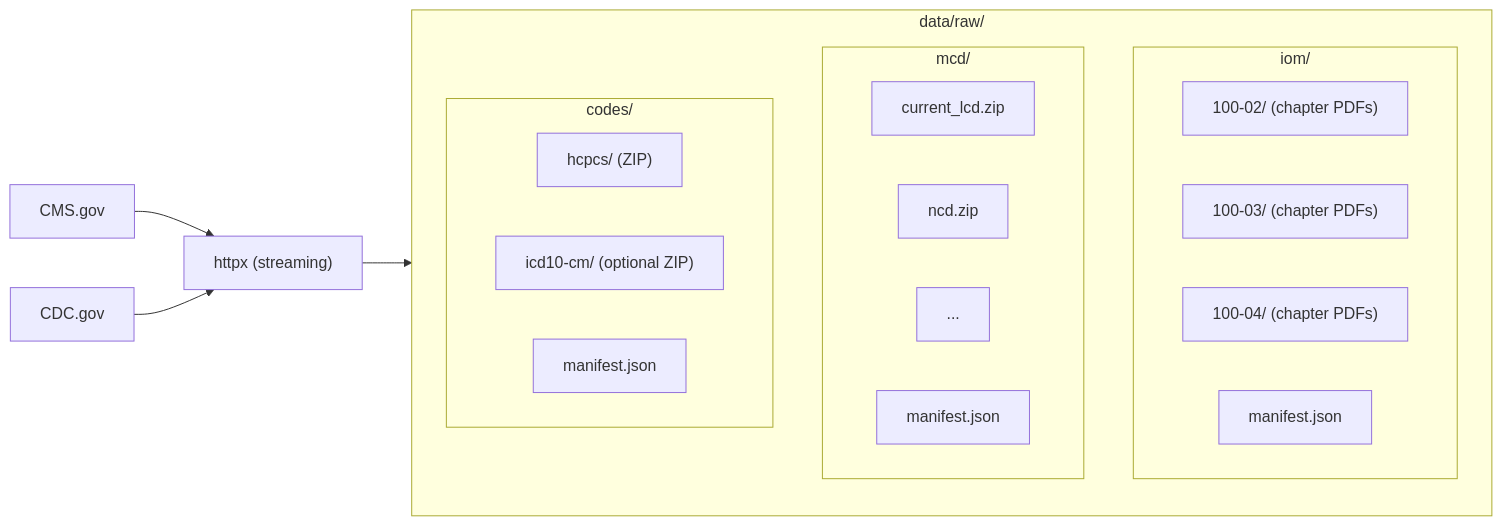
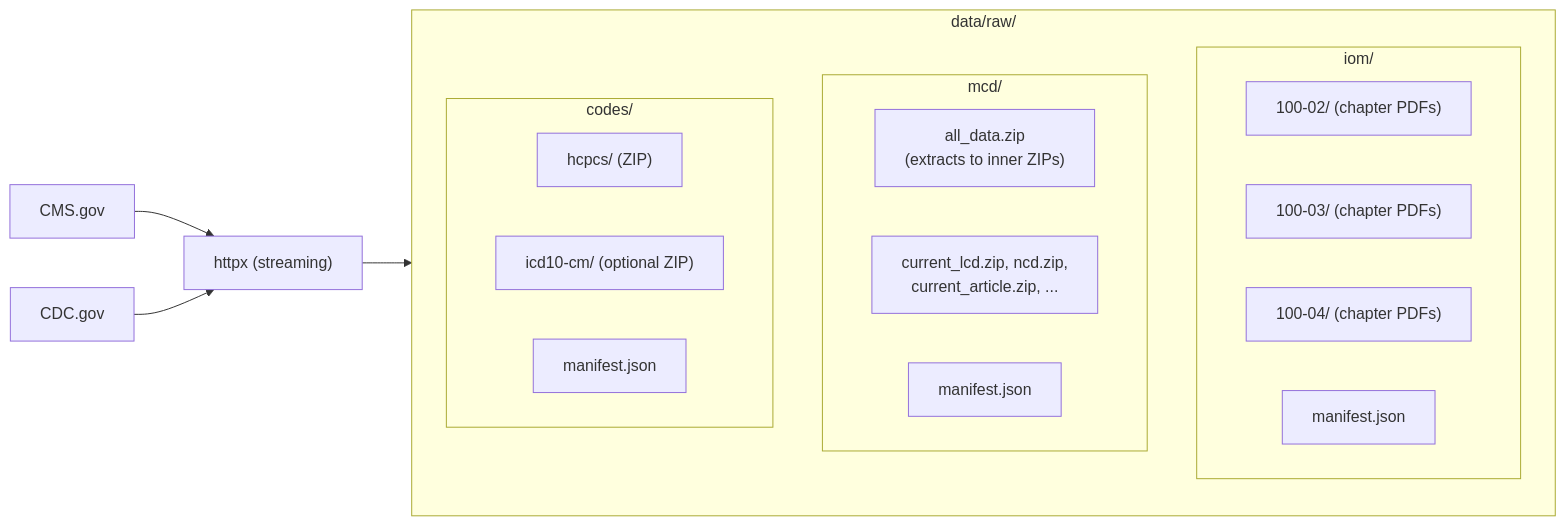
One commit to csmangum/insurance_rag changed the second of 8 diagrams in ARCHITECTURE.md. Above: the diagram before and after it, drawn with Mermaid. The commit also changed other lines of this file and 6 other files, not shown here.

First line of the commit message:
Update documentation and architecture details

````diff
--- a/ARCHITECTURE.md
+++ b/ARCHITECTURE.md
@@ -61,30 +61,29 @@
 ```mermaid
 flowchart LR
   CMS["CMS.gov"]
   CDC["CDC.gov"]
   HTTP["httpx (streaming)"]
 
   subgraph Raw["data/raw/"]
     subgraph IOM["iom/"]
       IOM1["100-02/ (chapter PDFs)"]
       IOM2["100-03/ (chapter PDFs)"]
       IOM3["100-04/ (chapter PDFs)"]
       IOM4["manifest.json"]
     end
     subgraph MCD["mcd/"]
-      MCD1["current_lcd.zip"]
-      MCD2["ncd.zip"]
-      MCD3["..."]
-      MCD4["manifest.json"]
+      MCD0["all_data.zip\n(extracts to inner ZIPs)"]
+      MCD1["current_lcd.zip, ncd.zip,\ncurrent_article.zip, ..."]
+      MCD2["manifest.json"]
     end
     subgraph Codes["codes/"]
       C1["hcpcs/ (ZIP)"]
       C2["icd10-cm/ (optional ZIP)"]
       C3["manifest.json"]
     end
   end
 
   CMS --> HTTP
   CDC --> HTTP
   HTTP --> Raw
 ```
````
